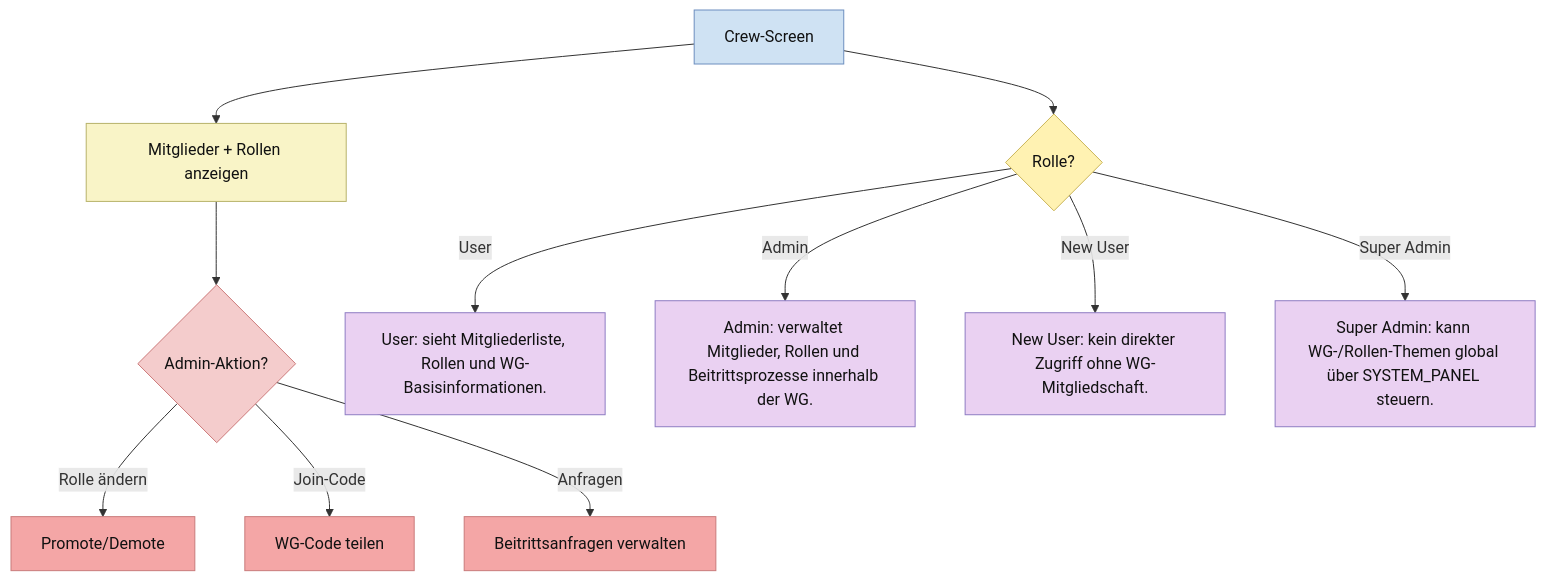
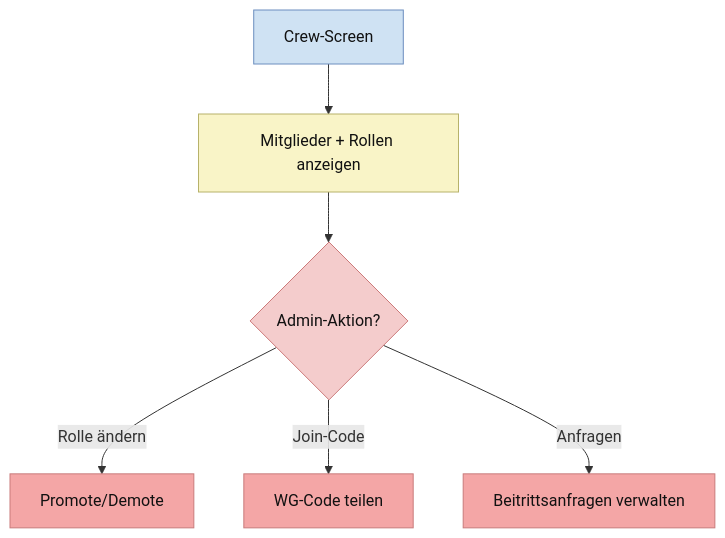
Diagram 11 of 27 in ABLAUFDIAGRAMM.md (Nejy190501/WGManager), drawn with Mermaid before and after one commit. The commit also changed other lines of this file, not shown here.

````diff
--- a/ABLAUFDIAGRAMM.md
+++ b/ABLAUFDIAGRAMM.md
@@ -584,34 +467,21 @@
 ```mermaid
 flowchart TD
     A["Crew-Screen"] --> B["Mitglieder + Rollen anzeigen"]
     B --> C{"Admin-Aktion?"}
     C -->|Rolle ändern| D["Promote/Demote"]
     C -->|Join-Code| E["WG-Code teilen"]
     C -->|Anfragen| F["Beitrittsanfragen verwalten"]
-
-
-    A --> RLQ{"Rolle?"}
-    RLU["User: sieht Mitgliederliste, Rollen und WG-Basisinformationen."]
-    RLA["Admin: verwaltet Mitglieder, Rollen und Beitrittsprozesse innerhalb der WG."]
-    RLN["New User: kein direkter Zugriff ohne WG-Mitgliedschaft."]
-    RLS["Super Admin: kann WG-/Rollen-Themen global über SYSTEM_PANEL steuern."]
-    RLQ -->|User| RLU
-    RLQ -->|Admin| RLA
-    RLQ -->|New User| RLN
-    RLQ -->|Super Admin| RLS
 
     classDef userAction fill:#ead1f2,stroke:#8e7cc3,color:#111;
     classDef systemAction fill:#f9f4c7,stroke:#b7b26a,color:#111;
     classDef userDecision fill:#f4cccc,stroke:#cc7a7a,color:#111;
     classDef systemDecision fill:#fff2b2,stroke:#c9b458,color:#111;
     classDef button fill:#f4a6a6,stroke:#c97b7b,color:#111;
     classDef userInput fill:#f8d7da,stroke:#d49aa2,color:#111;
     classDef screen fill:#cfe2f3,stroke:#6c8ebf,color:#111;
 
     class B systemAction;
     class C userDecision;
     class D,E,F button;
     class A screen;
-    class RLQ systemDecision;
-    class RLU,RLA,RLN,RLS userAction;
 ```
````
